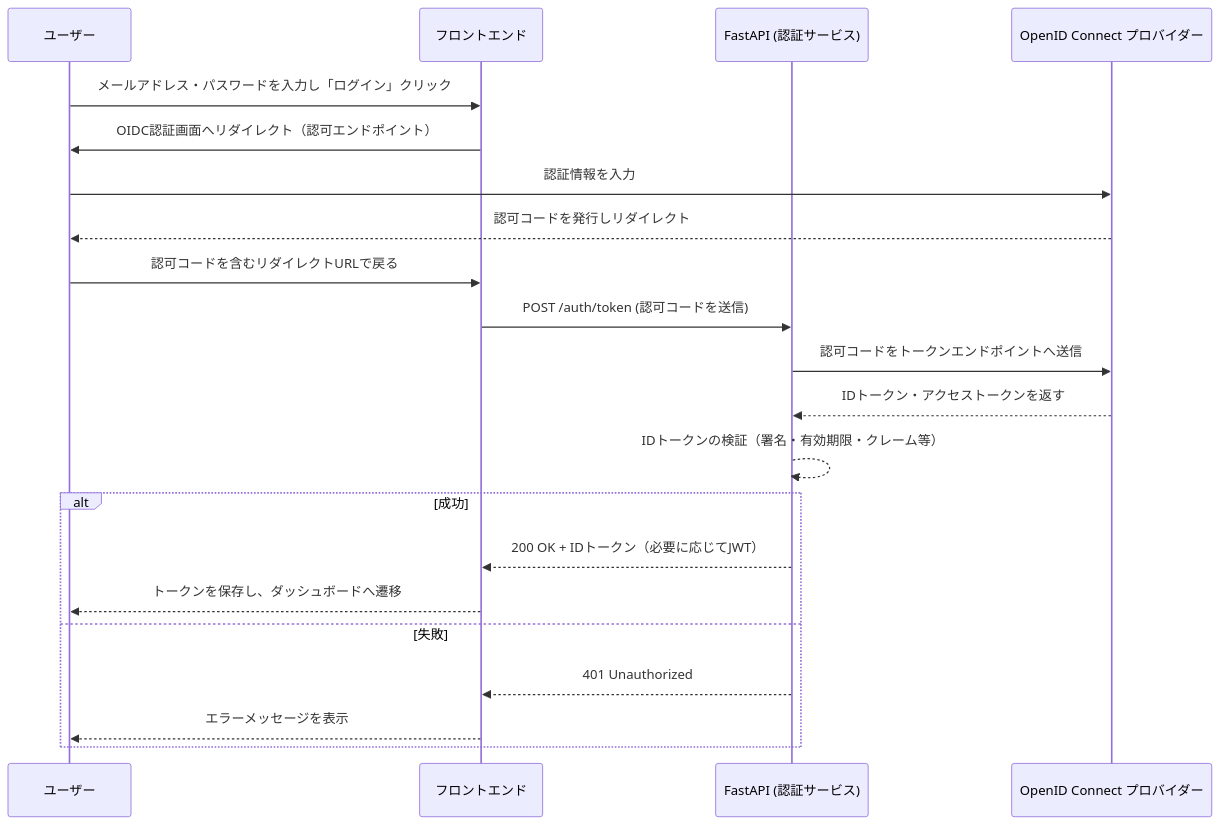
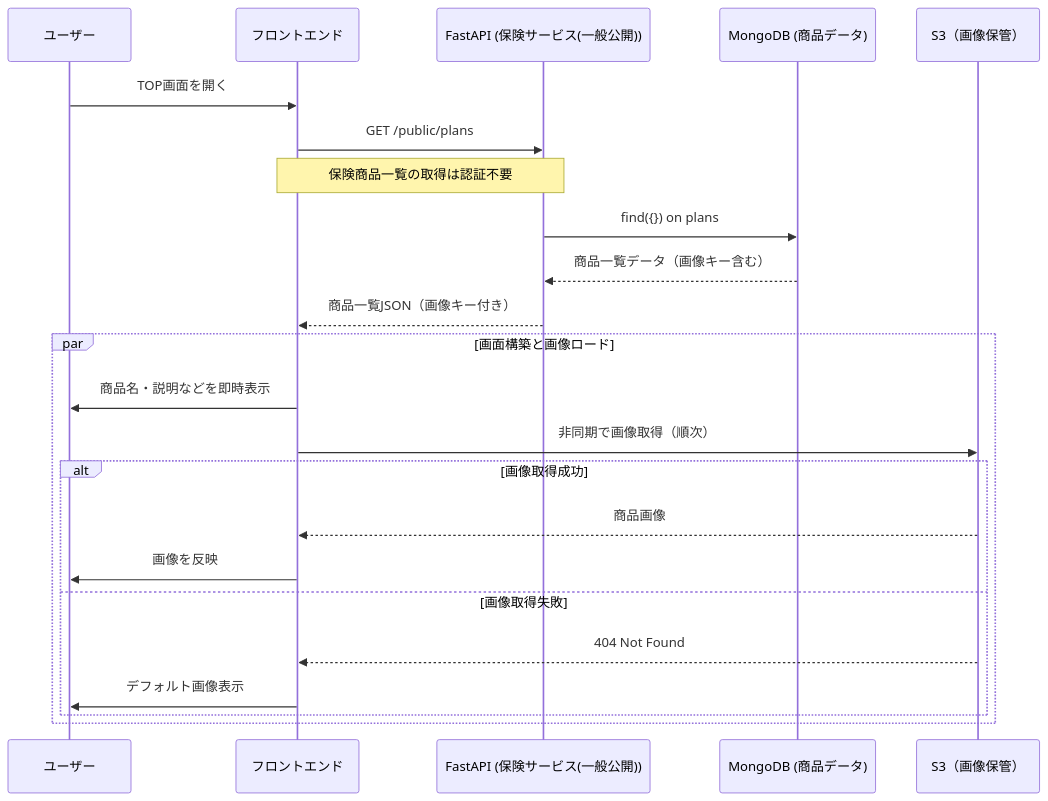
Before and after one commit to Yumapon/microservice_app: the fourth of 10 diagrams in sequence/README.md, drawn with Mermaid. The commit also changed other lines of this file and 14 other files, not shown here.

Commit message:
sequence and openapi

````diff
--- a/sequence/README.md
+++ b/sequence/README.md
@@ -24,24 +239,28 @@
 ```mermaid
 sequenceDiagram
     participant User as ユーザー
     participant Frontend as フロントエンド
-    participant API as FastAPI (認証サービス)
-    participant OIDC as OpenID Connect プロバイダー
+    participant API as FastAPI (保険サービス(一般公開))
+    participant DB as MongoDB (商品データ)
+    participant S3 as S3（画像保管）
 
-    User->>Frontend: メールアドレス・パスワードを入力し「ログイン」クリック
-    Frontend->>User: OIDC認証画面へリダイレクト（認可エンドポイント）
-    User->>OIDC: 認証情報を入力
-    OIDC-->>User: 認可コードを発行しリダイレクト
-    User->>Frontend: 認可コードを含むリダイレクトURLで戻る
-    Frontend->>API: POST /auth/token (認可コードを送信)
-    API->>OIDC: 認可コードをトークンエンドポイントへ送信
-    OIDC-->>API: IDトークン・アクセストークンを返す
-    API-->>API: IDトークンの検証（署名・有効期限・クレーム等）
-    alt 成功
-        API-->>Frontend: 200 OK + IDトークン（必要に応じてJWT）
-        Frontend-->>User: トークンを保存し、ダッシュボードへ遷移
-    else 失敗
-        API-->>Frontend: 401 Unauthorized
-        Frontend-->>User: エラーメッセージを表示
+    User->>Frontend: TOP画面を開く
+
+    Frontend->>API: GET /public/plans
+    Note over Frontend,API: 保険商品一覧の取得は認証不要
+    API->>DB: find({}) on plans
+    DB-->>API: 商品一覧データ（画像キー含む）
+    API-->>Frontend: 商品一覧JSON（画像キー付き）
+
+    par 画面構築と画像ロード
+        Frontend->>User: 商品名・説明などを即時表示
+        Frontend->>S3: 非同期で画像取得（順次）
+        alt 画像取得成功
+            S3-->>Frontend: 商品画像
+            Frontend->>User: 画像を反映
+        else 画像取得失敗
+            S3-->>Frontend: 404 Not Found
+            Frontend->>User: デフォルト画像表示
+        end
     end
 ```
````
